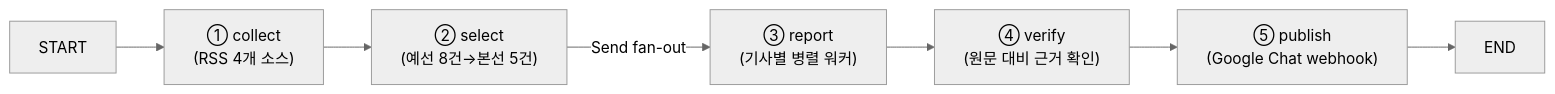
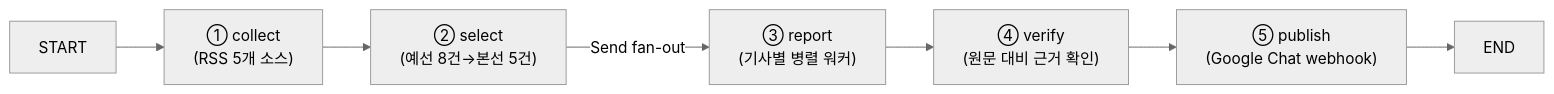
One commit to elfinnani-byte/my-newsletter changed the diagram in REPORT.md. Above: the diagram before and after it, drawn with Mermaid (neutral theme). The commit also changed other lines of this file and 1 other file, not shown here.

````diff
--- a/REPORT.md
+++ b/REPORT.md
@@ -43,9 +45,9 @@
 ```mermaid
 graph LR
-  START --> collect["① collect\n(RSS 4개 소스)"]
+  START --> collect["① collect\n(RSS 5개 소스)"]
   collect --> select["② select\n(예선 8건→본선 5건)"]
   select -->|Send fan-out| report["③ report\n(기사별 병렬 워커)"]
   report --> verify["④ verify\n(원문 대비 근거 확인)"]
   verify --> publish["⑤ publish\n(Google Chat webhook)"]
   publish --> END
 ```
````
